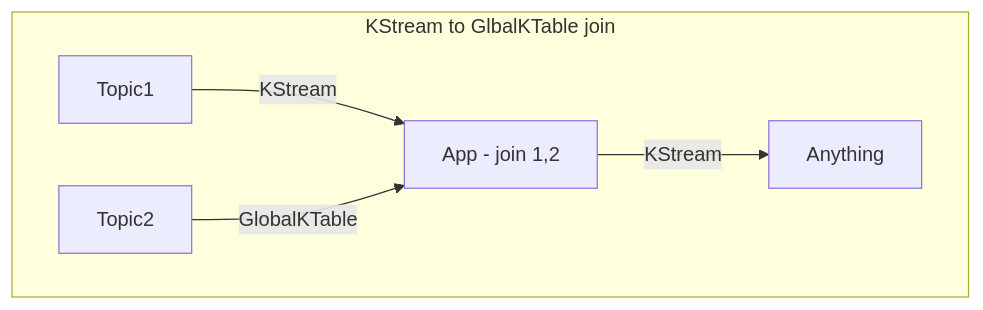
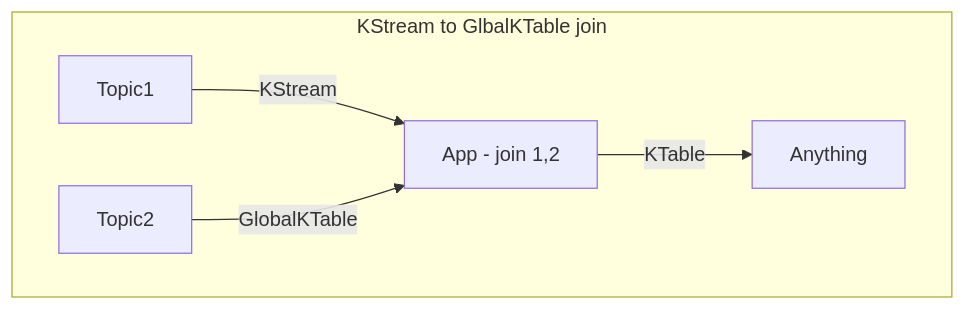
Before and after one commit to rumq/Kafka-Streams-with-Spring-Cloud-Stream: diagram 28 of 30 in OReillyVideoKafkaStreamsWithSpringCloudStream.md, drawn with Mermaid. The commit also changed other lines of this file and 12 other files, not shown here.

````diff
--- a/OReillyVideoKafkaStreamsWithSpringCloudStream.md
+++ b/OReillyVideoKafkaStreamsWithSpringCloudStream.md
@@ -1412,10 +1412,10 @@
 ```mermaid
-flowchart 
+flowchart
   subgraph "KStream to GlbalKTable join"
-    direction LR    
+    direction LR
     Topic1  --> |KStream| App
     Topic2 --> |GlobalKTable| App[App - join 1,2 ]
-    App --> |KStream| Anything
+    App --> |KTable| Anything
   end
 
 ```
````
